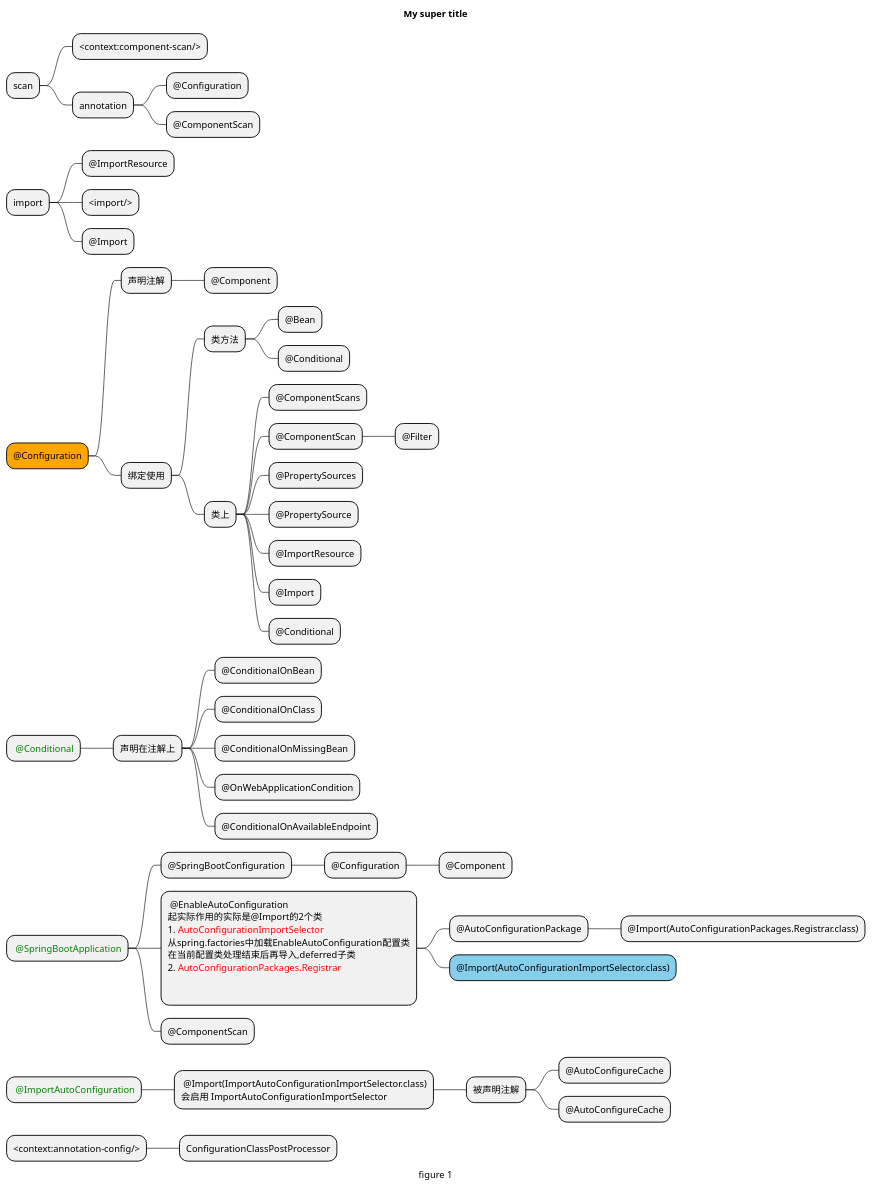
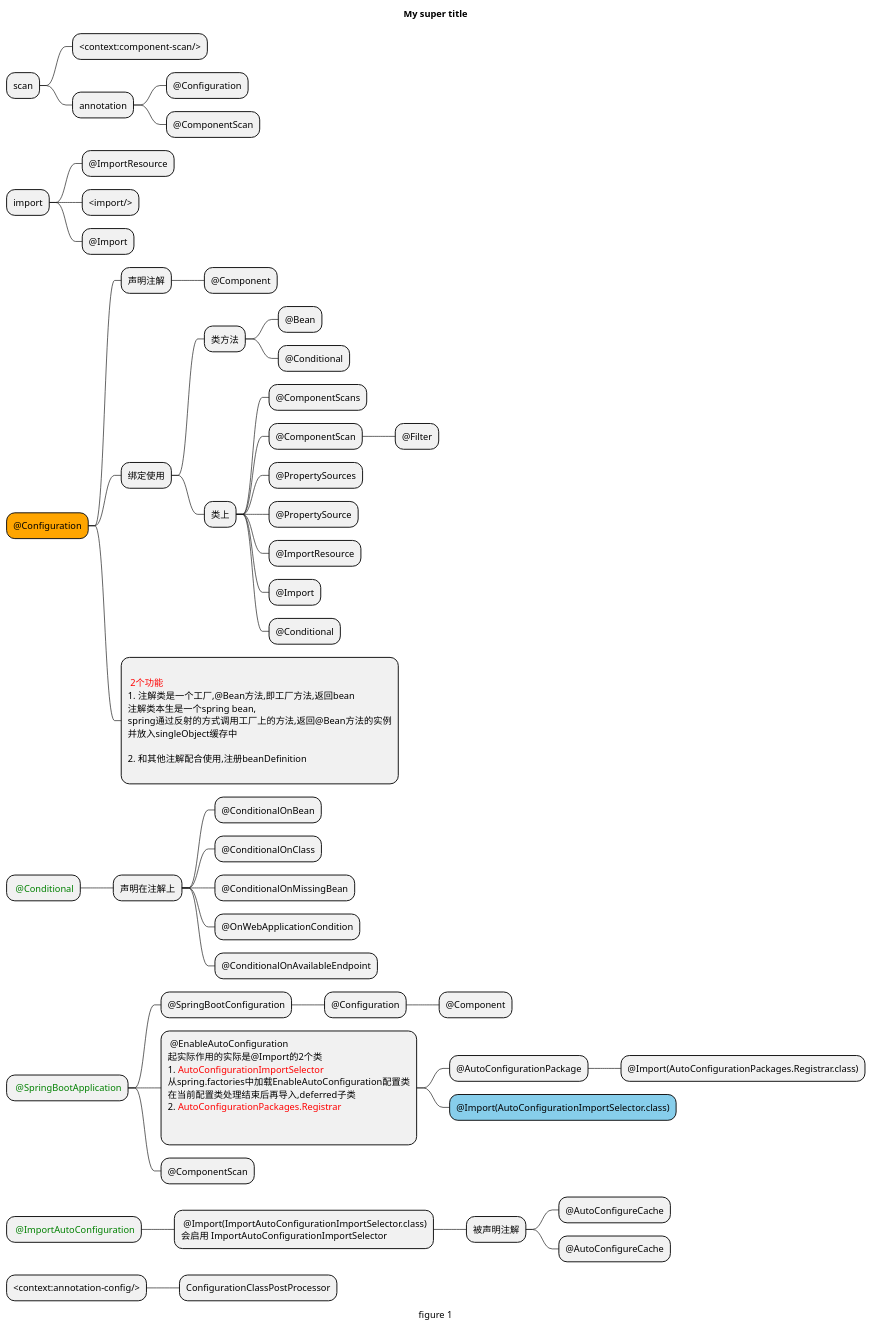
The diagram in uml/src/main/java/active/Annotation_mind.puml (FHJ2020/spring-uml), drawn with PlantUML before and after one commit. The commit also changed 4 other files, not shown here.

```diff
--- a/uml/src/main/java/active/Annotation_mind.puml
+++ b/uml/src/main/java/active/Annotation_mind.puml
@@ -1,87 +1,95 @@
 @startmindmap
 'https://plantuml.com/mindmap-diagram
 
 caption figure 1
 title My super title
 
 
 * scan
 ** <context:component-scan/>
 ** annotation
 *** @Configuration
 *** @ComponentScan
 
 * import
 ** @ImportResource
 ** <import/>
 ** @Import
 
 
 *[#Orange] @Configuration
 ** 声明注解
 *** @Component
 
 ** 绑定使用
 *** 类方法
 **** @Bean
 **** @Conditional
 *** 类上
 **** @ComponentScans
 **** @ComponentScan
 ***** @Filter
 **** @PropertySources
 **** @PropertySource
 **** @ImportResource
 **** @Import
 **** @Conditional
+**:
+<color:red> 2个功能
+# 注解类是一个工厂,@Bean方法,即工厂方法,返回bean
+注解类本生是一个spring bean,
+spring通过反射的方式调用工厂上的方法,返回@Bean方法的实例
+并放入singleObject缓存中
 
+# 和其他注解配合使用,注册beanDefinition
+;
 
 * <color:green> @Conditional
 ** 声明在注解上
 *** @ConditionalOnBean
 *** @ConditionalOnClass
 *** @ConditionalOnMissingBean
 *** @OnWebApplicationCondition
 *** @ConditionalOnAvailableEndpoint
 
 * <color:green> @SpringBootApplication
 ** @SpringBootConfiguration
 *** @Configuration
 **** @Component
 **: @EnableAutoConfiguration
 起实际作用的实际是@Import的2个类
 # <color:red>AutoConfigurationImportSelector
 从spring.factories中加载EnableAutoConfiguration配置类
 在当前配置类处理结束后再导入,deferred子类
 # <color:red>AutoConfigurationPackages.Registrar
 
 ;
 *** @AutoConfigurationPackage
 **** @Import(AutoConfigurationPackages.Registrar.class)
 ***[#skyblue] @Import(AutoConfigurationImportSelector.class)
 ** @ComponentScan
 
 * <color:green> @ImportAutoConfiguration
 **: @Import(ImportAutoConfigurationImportSelector.class)
 会启用 ImportAutoConfigurationImportSelector;
 *** 被声明注解
 **** @AutoConfigureCache
 **** @AutoConfigureCache
 
 '分割----------------
 
 
 
 
 
 
 
 * <context:annotation-config/>
 ** ConfigurationClassPostProcessor
 
 
 
 
 
 
 @endmindmap
```
